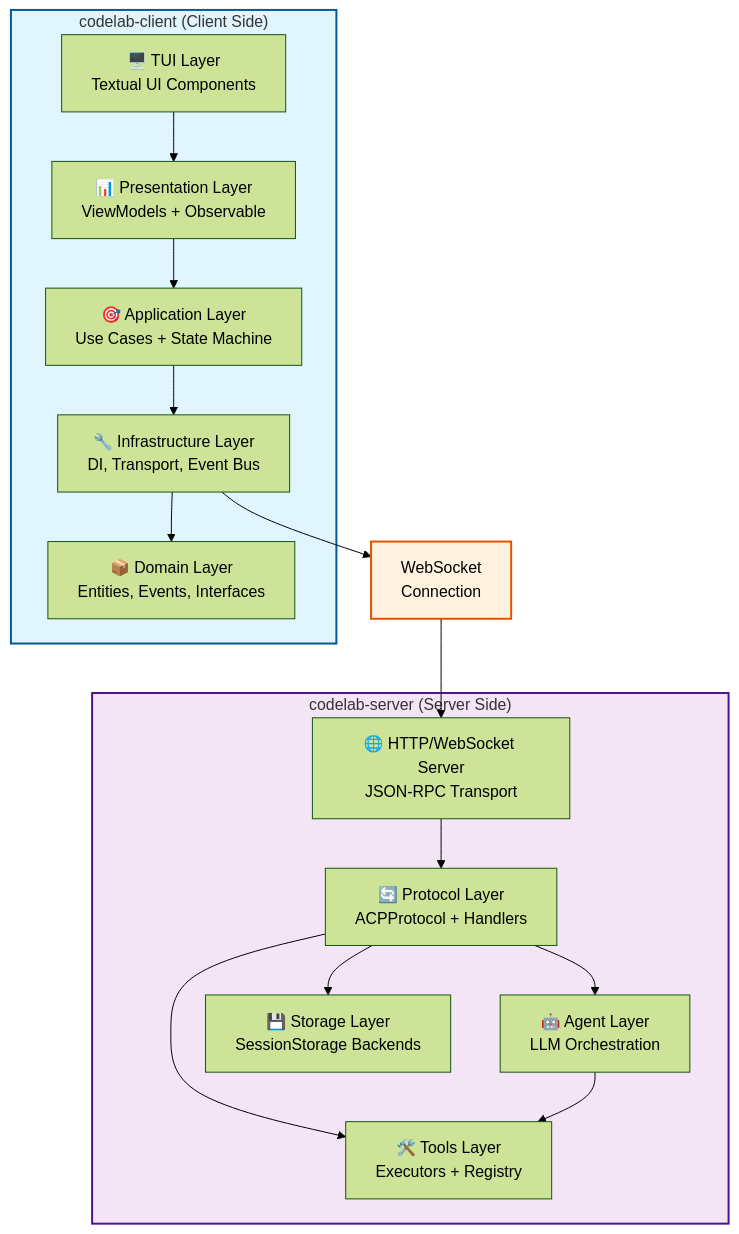
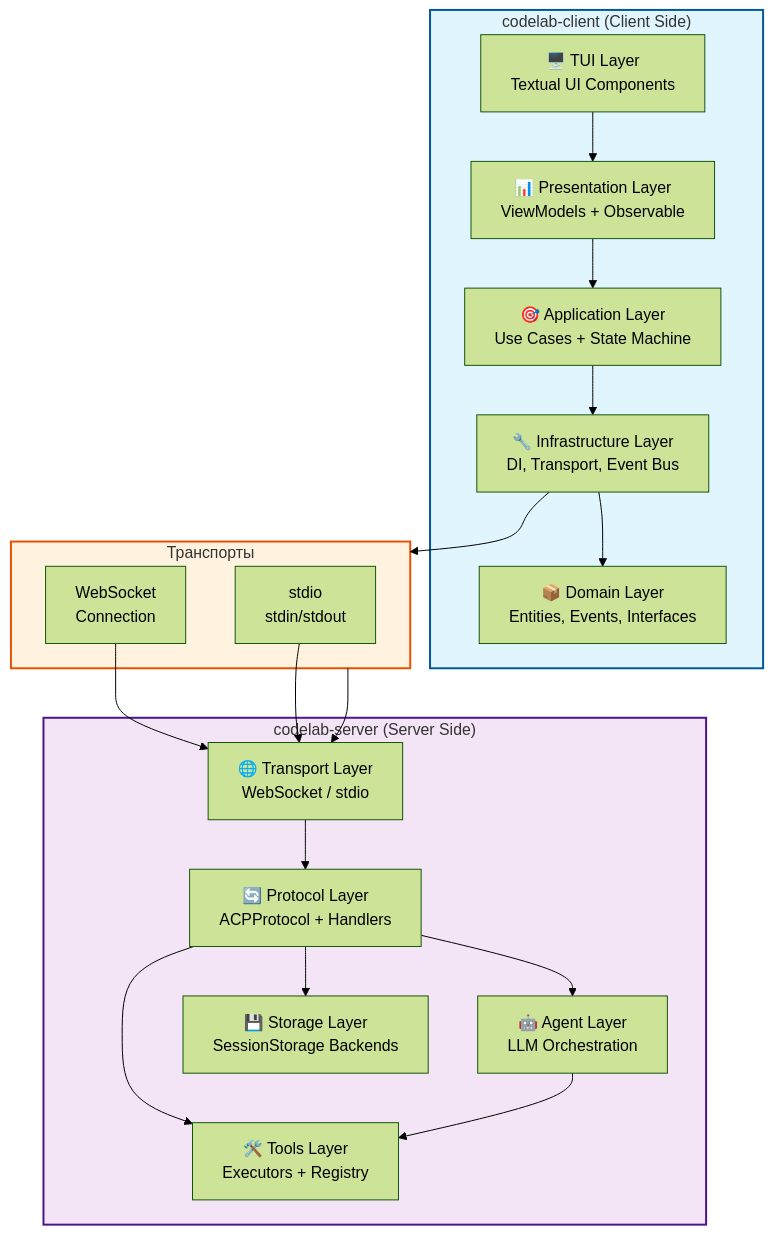
Before and after one commit to pese-git/codelab-ai: the first of 13 diagrams in ARCHITECTURE.md, drawn with Mermaid (forest theme). The commit also changed other lines of this file and 29 other files, not shown here.

````diff
--- a/ARCHITECTURE.md
+++ b/ARCHITECTURE.md
@@ -30,37 +31,42 @@
 ```mermaid
 graph TB
     subgraph Client["codelab-client (Client Side)"]
         TUI["🖥️ TUI Layer<br/>Textual UI Components"]
         Presentation["📊 Presentation Layer<br/>ViewModels + Observable"]
         Application["🎯 Application Layer<br/>Use Cases + State Machine"]
         Infrastructure["🔧 Infrastructure Layer<br/>DI, Transport, Event Bus"]
         Domain["📦 Domain Layer<br/>Entities, Events, Interfaces"]
     end
     
     subgraph Server["codelab-server (Server Side)"]
-        HttpServer["🌐 HTTP/WebSocket Server<br/>JSON-RPC Transport"]
+        Transport["🌐 Transport Layer<br/>WebSocket / stdio"]
         Protocol["🔄 Protocol Layer<br/>ACPProtocol + Handlers"]
         Agent["🤖 Agent Layer<br/>LLM Orchestration"]
         Tools["🛠️ Tools Layer<br/>Executors + Registry"]
         Storage["💾 Storage Layer<br/>SessionStorage Backends"]
     end
     
-    WebSocket["WebSocket<br/>Connection"]
+    subgraph Transports["Транспорты"]
+        WS["WebSocket<br/>Connection"]
+        STDIO["stdio<br/>stdin/stdout"]
+    end
     
     TUI --> Presentation
     Presentation --> Application
     Application --> Infrastructure
     Infrastructure --> Domain
-    Infrastructure --> WebSocket
+    Infrastructure --> Transports
     
-    WebSocket --> HttpServer
-    HttpServer --> Protocol
+    Transports --> Transport
+    WS --> Transport
+    STDIO --> Transport
+    Transport --> Protocol
     Protocol --> Agent
     Protocol --> Tools
     Protocol --> Storage
     Agent --> Tools
     
     style Client fill:#e1f5ff,stroke:#01579b,stroke-width:2px
     style Server fill:#f3e5f5,stroke:#4a148c,stroke-width:2px
-    style WebSocket fill:#fff3e0,stroke:#e65100,stroke-width:2px
+    style Transports fill:#fff3e0,stroke:#e65100,stroke-width:2px
 ```
````
